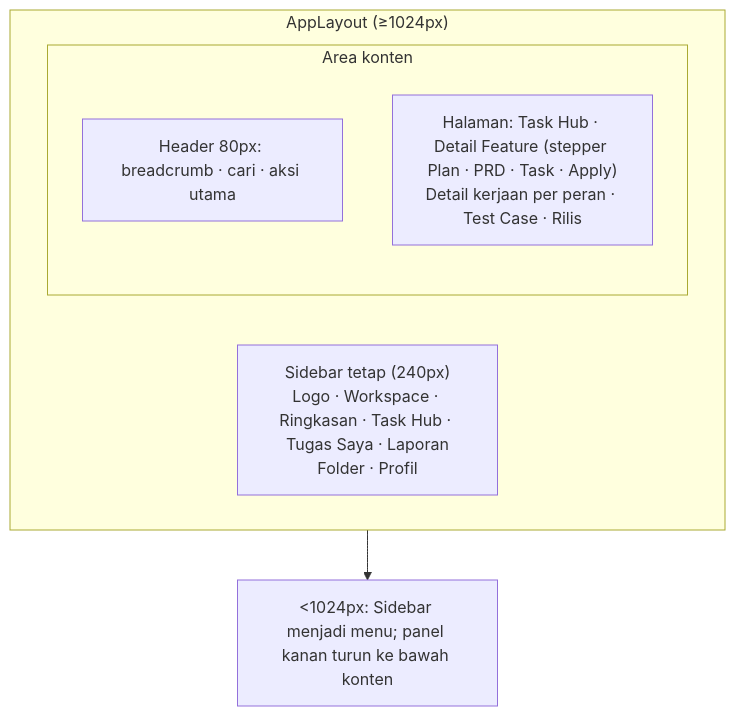
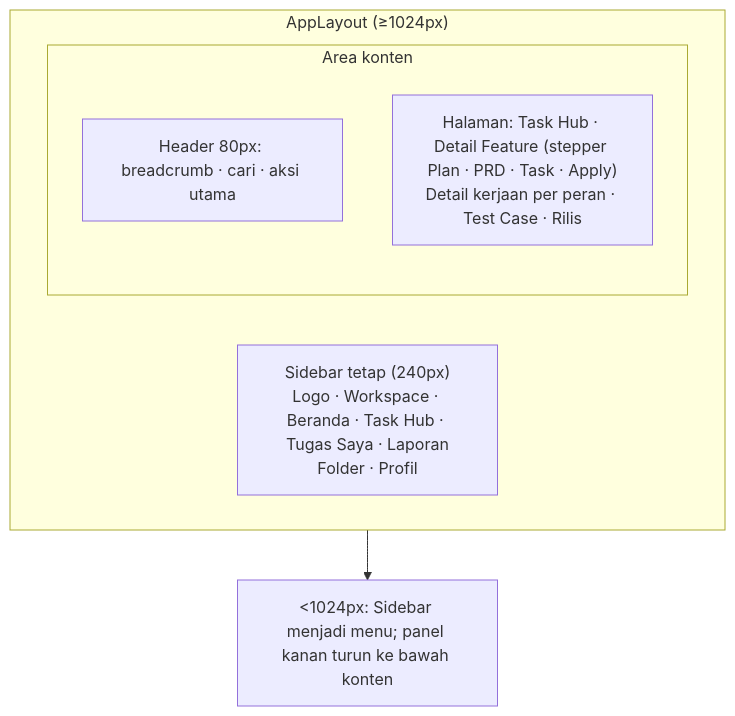
Before and after one commit to oneilreyand/qlickhub: the second of 5 diagrams in docs/3_UI_ATOMIC_DESIGN_SYSTEM.md, drawn with Mermaid. The commit also changed other lines of this file and 39 other files, not shown here.

````diff
--- a/docs/3_UI_ATOMIC_DESIGN_SYSTEM.md
+++ b/docs/3_UI_ATOMIC_DESIGN_SYSTEM.md
@@ -78,12 +78,12 @@
 ```mermaid
 graph TD
     subgraph Shell["AppLayout (≥1024px)"]
-        Side["Sidebar tetap (240px)\nLogo · Workspace · Ringkasan · Task Hub · Tugas Saya · Laporan\nFolder · Profil"]
+        Side["Sidebar tetap (240px)\nLogo · Workspace · Beranda · Task Hub · Tugas Saya · Laporan\nFolder · Profil"]
         subgraph Content["Area konten"]
             Header["Header 80px: breadcrumb · cari · aksi utama"]
             Page["Halaman: Task Hub · Detail Feature (stepper Plan · PRD · Task · Apply)\nDetail kerjaan per peran · Test Case · Rilis"]
         end
     end
     Phone["<1024px: Sidebar menjadi menu; panel kanan turun ke bawah konten"]
     Shell --> Phone
 ```
````
